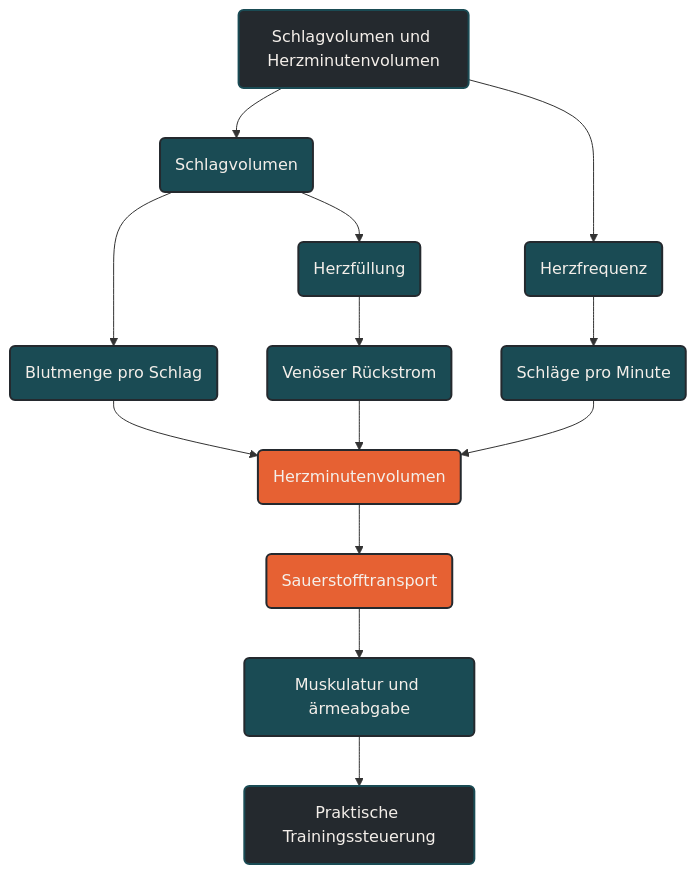
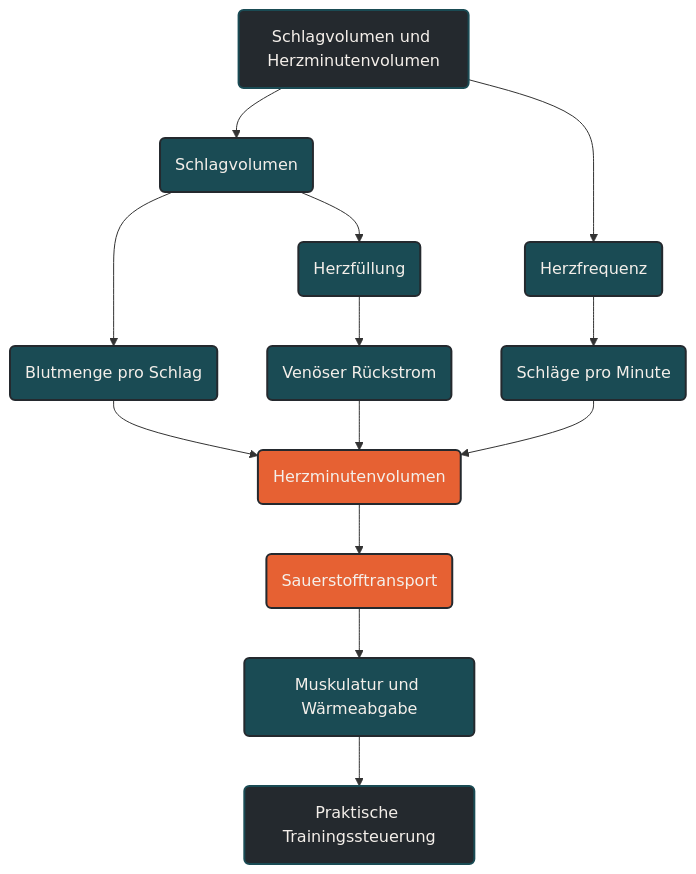
Before and after one commit to Quixos40K/ausdauersport-typemill: the diagram in content/00-ausdauersport/02-leistungsphysiologie/00-herz-kreislauf-system/02-schlagvolumen-und-herzminutenvolumen.md, drawn with Mermaid. The commit also changed other lines of this file, not shown here.

````diff
--- a/content/00-ausdauersport/02-leistungsphysiologie/00-herz-kreislauf-system/02-schlagvolumen-und-herzminutenvolumen.md
+++ b/content/00-ausdauersport/02-leistungsphysiologie/00-herz-kreislauf-system/02-schlagvolumen-und-herzminutenvolumen.md
@@ -107,33 +107,33 @@
 ```mermaid
 graph TD
     A(Schlagvolumen und Herzminutenvolumen) --> B(Schlagvolumen)
     A --> C(Herzfrequenz)
     B --> D(Blutmenge pro Schlag)
     C --> E(Schläge pro Minute)
     D --> F(Herzminutenvolumen)
     E --> F
     F --> G(Sauerstofftransport)
-    G --> H(Muskulatur und ärmeabgabe)
+    G --> H(Muskulatur und Wärmeabgabe)
     H --> I(Praktische Trainingssteuerung)
 
     B --> J(Herzfüllung)
     J --> K(Venöser Rückstrom)
     K --> F
 
     classDef default fill:#F4EFEA,stroke:#1A4B54,stroke-width:2px,color:#24292E;
     classDef primary fill:#1A4B54,stroke:#24292E,stroke-width:2px,color:#F4EFEA;
     classDef highlight fill:#E66133,stroke:#24292E,stroke-width:2px,color:#F4EFEA;
     classDef dark fill:#24292E,stroke:#1A4B54,stroke-width:2px,color:#F4EFEA;
 
     class A dark;
     class B primary;
     class C primary;
     class D primary;
     class E primary;
     class F highlight;
     class G highlight;
     class H primary;
     class I dark;
     class J primary;
     class K primary;
 ```
````
